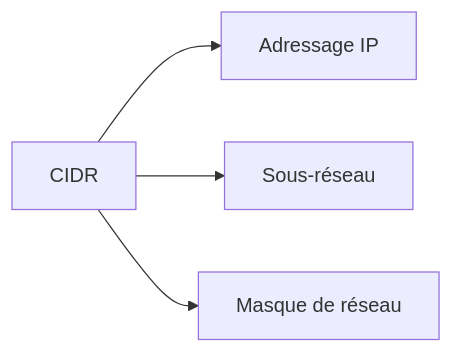
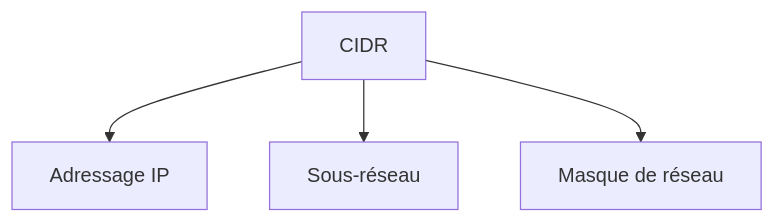
One commit to zyrass/omnydocs changed the sixth of 38 diagrams in docs/glossaire/administration-reseau.md. Above: the diagram before and after it, drawn with Mermaid. The commit also changed other lines of this file and 1780 other files, not shown here.

````diff
--- a/docs/glossaire/administration-reseau.md
+++ b/docs/glossaire/administration-reseau.md
@@ -131,6 +159,6 @@
-    ```mermaid
-    graph LR
-        A[CIDR] --> B[Adressage IP]
-        A --> C[Sous-réseau]
-        A --> D[Masque de réseau]
-    ```
+```mermaid
+graph TB
+    A[CIDR] --> B[Adressage IP]
+    A --> C[Sous-réseau]
+    A --> D[Masque de réseau]
+```
````
